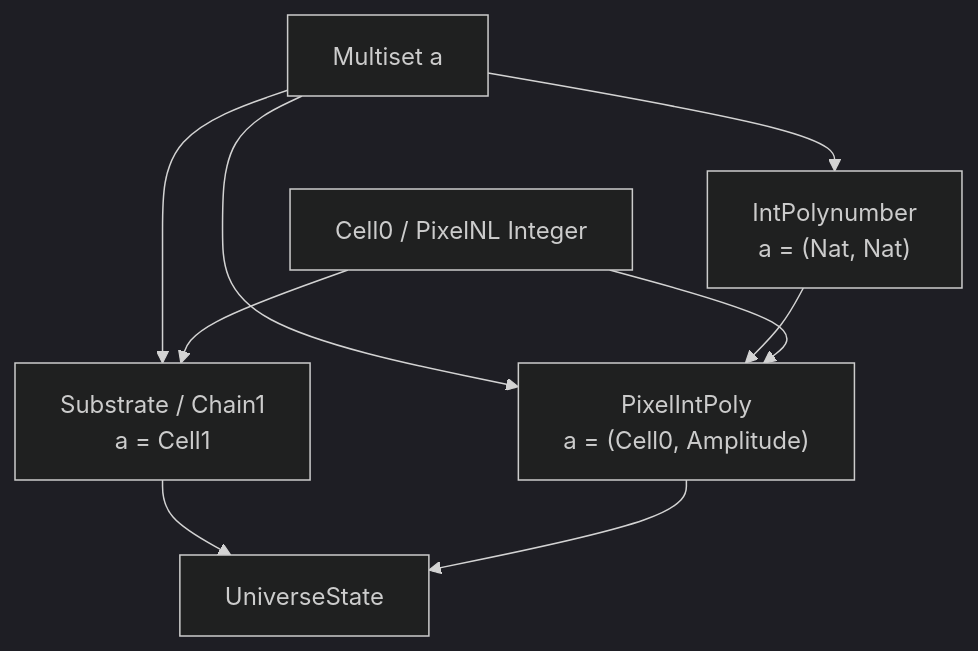
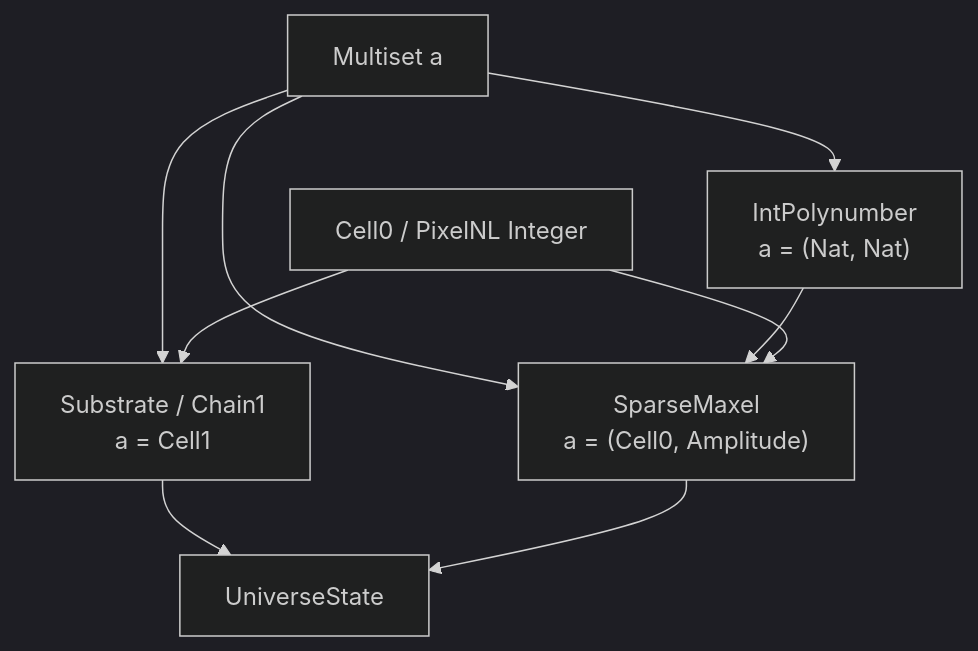
The diagram in Library/Wiki/Maths/Types.md (justinkelly-ie/Finite-Science), drawn with Mermaid (dark theme) before and after one commit. The commit also changed other lines of this file and 264 other files, not shown here.

````diff
--- a/Library/Wiki/Maths/Types.md
+++ b/Library/Wiki/Maths/Types.md
@@ -156,13 +156,13 @@
 ```mermaid
 graph TD
     A[Multiset a] --> B["IntPolynumber<br/>a = (Nat, Nat)"]
     A --> C["Substrate / Chain1<br/>a = Cell1"]
-    A --> D["PixelIntPoly<br/>a = (Cell0, Amplitude)"]
+    A --> D["SparseMaxel<br/>a = (Cell0, Amplitude)"]
     
     B --> D
     C --> E[UniverseState]
     D --> E
     
     F[Cell0 / PixelNL Integer] --> C
     F --> D
 ```
````
